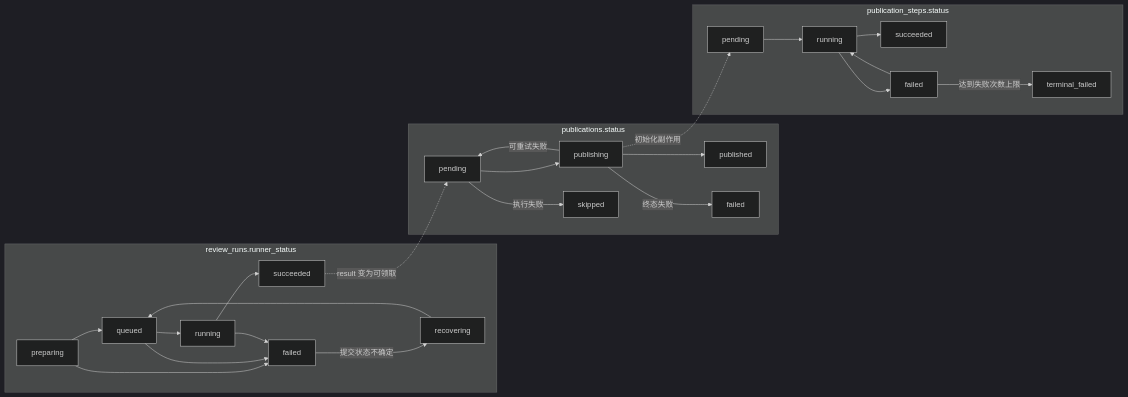
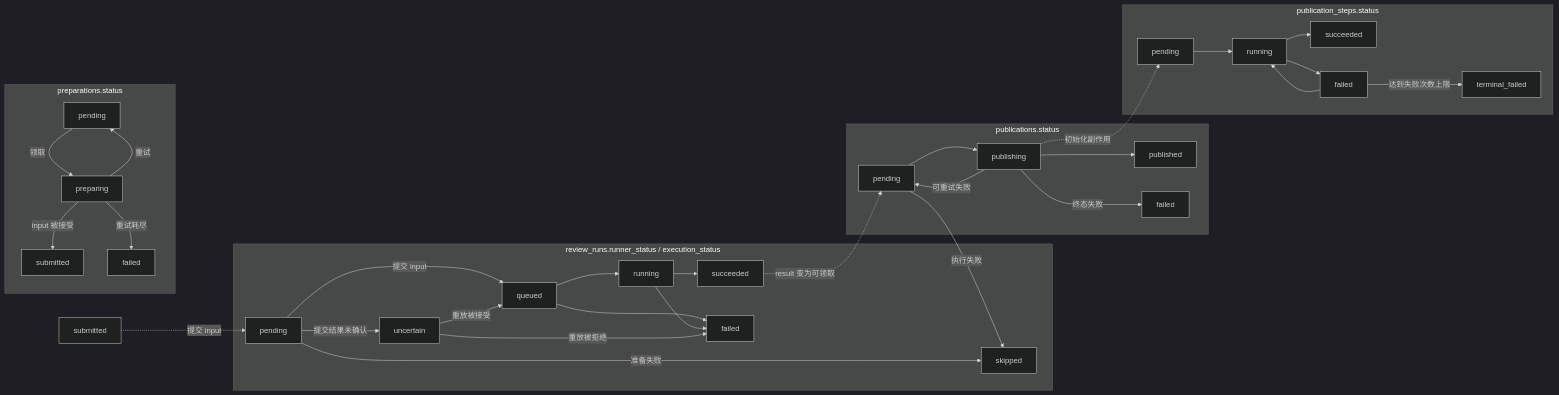
The second of 2 diagrams in control-plane/README.zh.md (Agent-AI-Chalmers/sec-review-bot), drawn with Mermaid (dark theme) before and after one commit. The commit also changed other lines of this file and 46 other files, not shown here.

````diff
--- a/control-plane/README.zh.md
+++ b/control-plane/README.zh.md
@@ -54,27 +54,38 @@
 ```mermaid
 flowchart LR
-  subgraph runner[review_runs.runner_status]
-    preparing --> queued --> running --> runnersucceeded[succeeded]
-    preparing --> failed
-    failed -->|提交状态不确定| recovering --> queued
+  subgraph preparation[preparations.status]
+    prepending[pending] -->|领取| preparing
+    preparing -->|input 被接受| submitted
+    preparing -->|重试| prepending
+    preparing -->|重试耗尽| prepfailed[failed]
+  end
+
+  subgraph runner[review_runs.runner_status / execution_status]
+    pending -->|提交 input| queued
+    pending -->|准备失败| skipped
+    pending -->|提交结果未确认| uncertain
+    queued --> running --> succeeded
     queued --> failed
     running --> failed
+    uncertain -->|重放被接受| queued
+    uncertain -->|重放被拒绝| failed
   end
 
   subgraph publication[publications.status]
-    pending --> publishing --> published
-    publishing -->|可重试失败| pending
+    pubpending[pending] --> publishing --> published
+    publishing -->|可重试失败| pubpending
     publishing -->|终态失败| pubfailed[failed]
-    pending -->|执行失败| skipped
+    pubpending -->|执行失败| skipped
   end
 
   subgraph steps[publication_steps.status]
-    steppending[pending] --> runningstep[running] --> succeeded
+    steppending[pending] --> runningstep[running] --> stepsucceeded[succeeded]
     runningstep --> stepfailed[failed]
     stepfailed --> runningstep
     stepfailed -->|达到失败次数上限| terminalfailed[terminal_failed]
   end
 
-  runnersucceeded -.->|result 变为可领取| pending
+  preparedsubmitted[submitted] -.->|提交 input| pending
+  succeeded -.->|result 变为可领取| pubpending
   publishing -.->|初始化副作用| steppending
 ```
````
